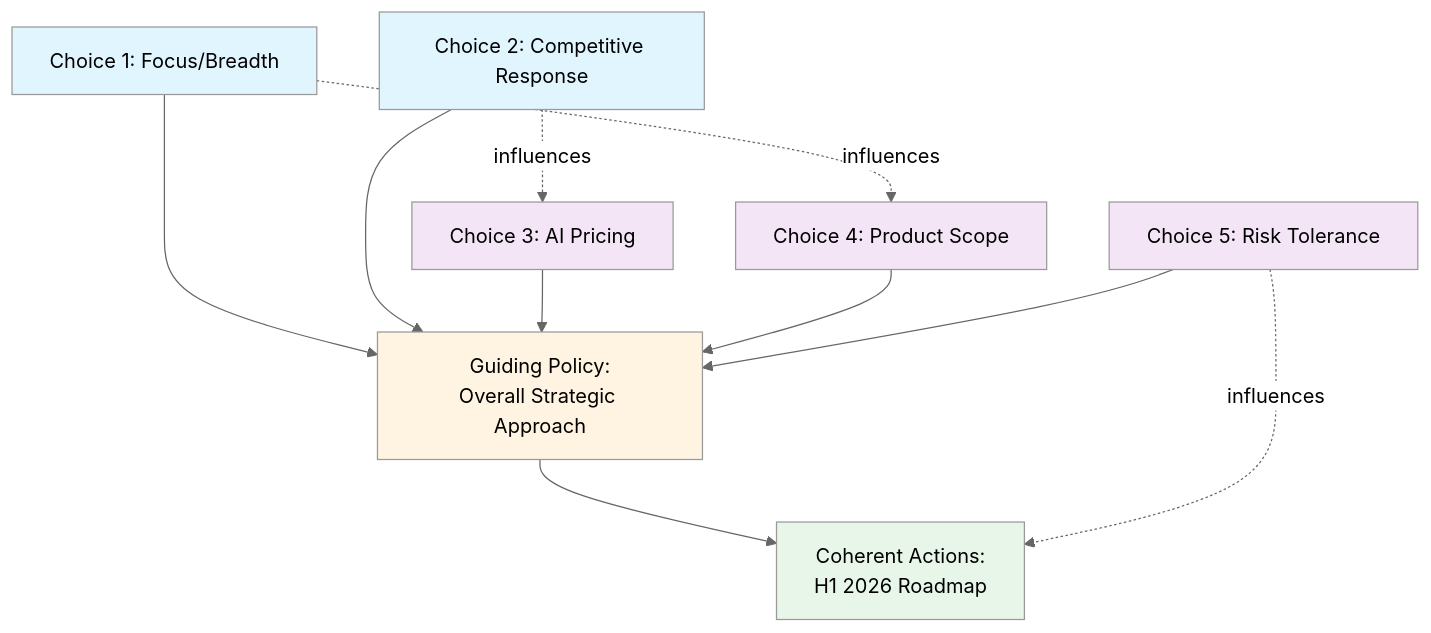
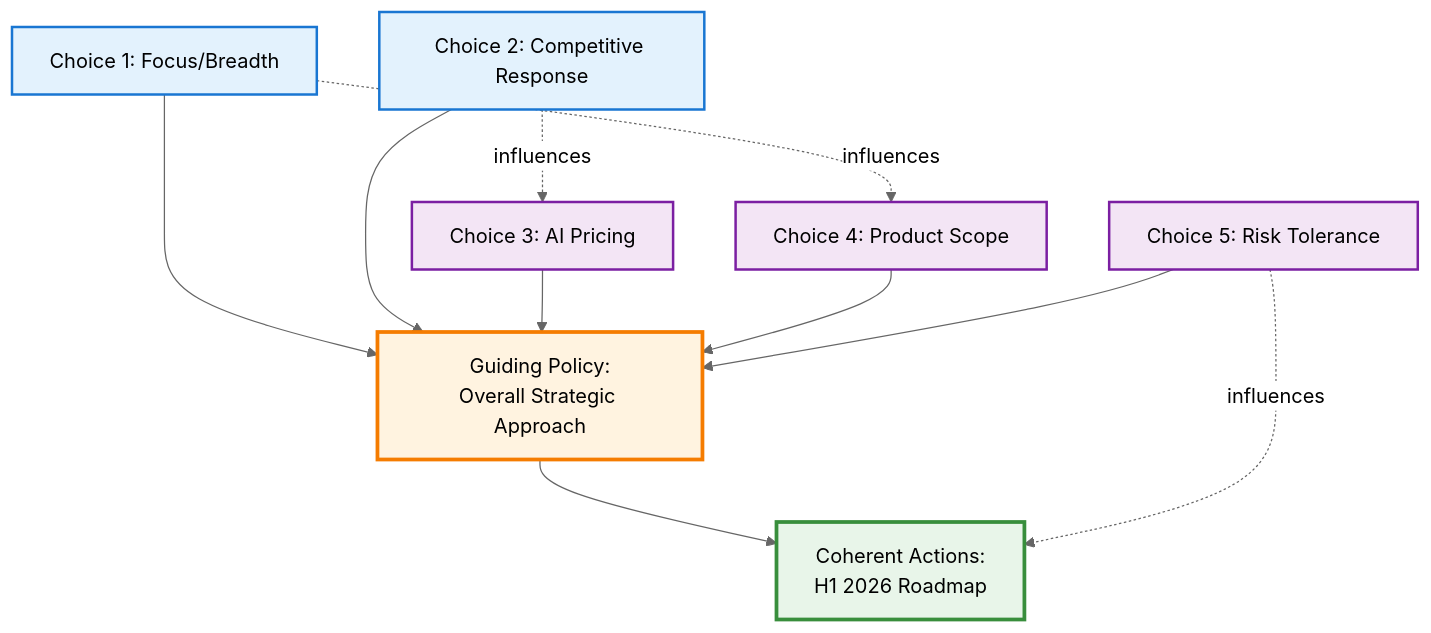
One commit to carlvellotti/cursor-pm-course changed the second of 2 diagrams in lesson-modules/2.3-product-strategy/SCRIPT.md. Above: the diagram before and after it, drawn with Mermaid (neutral theme). The commit also changed other lines of this file, not shown here.

First line of the commit message:
Fix Module 2.3 Mermaid diagrams: Improve contrast and readability

````diff
--- a/lesson-modules/2.3-product-strategy/SCRIPT.md
+++ b/lesson-modules/2.3-product-strategy/SCRIPT.md
@@ -313,22 +318,22 @@
 ```mermaid
 graph TD
     C1[Choice 1: Focus/Breadth] --> GP[Guiding Policy:<br/>Overall Strategic Approach]
     C2[Choice 2: Competitive Response] --> GP
     C3[Choice 3: AI Pricing] --> GP
     C4[Choice 4: Product Scope] --> GP
     C5[Choice 5: Risk Tolerance] --> GP
 
     GP --> CA[Coherent Actions:<br/>H1 2026 Roadmap]
 
     C1 -.influences.-> C4
     C2 -.influences.-> C3
     C5 -.influences.-> CA
 
-    style GP fill:#fff4e1
-    style CA fill:#e8f5e9
-    style C1 fill:#e1f5ff
-    style C2 fill:#e1f5ff
-    style C3 fill:#f3e5f5
-    style C4 fill:#f3e5f5
-    style C5 fill:#f3e5f5
+    style GP fill:#fff3e0,stroke:#f57c00,stroke-width:3px,color:#000
+    style CA fill:#e8f5e9,stroke:#388e3c,stroke-width:3px,color:#000
+    style C1 fill:#e3f2fd,stroke:#1976d2,stroke-width:2px,color:#000
+    style C2 fill:#e3f2fd,stroke:#1976d2,stroke-width:2px,color:#000
+    style C3 fill:#f3e5f5,stroke:#7b1fa2,stroke-width:2px,color:#000
+    style C4 fill:#f3e5f5,stroke:#7b1fa2,stroke-width:2px,color:#000
+    style C5 fill:#f3e5f5,stroke:#7b1fa2,stroke-width:2px,color:#000
 ```
````
